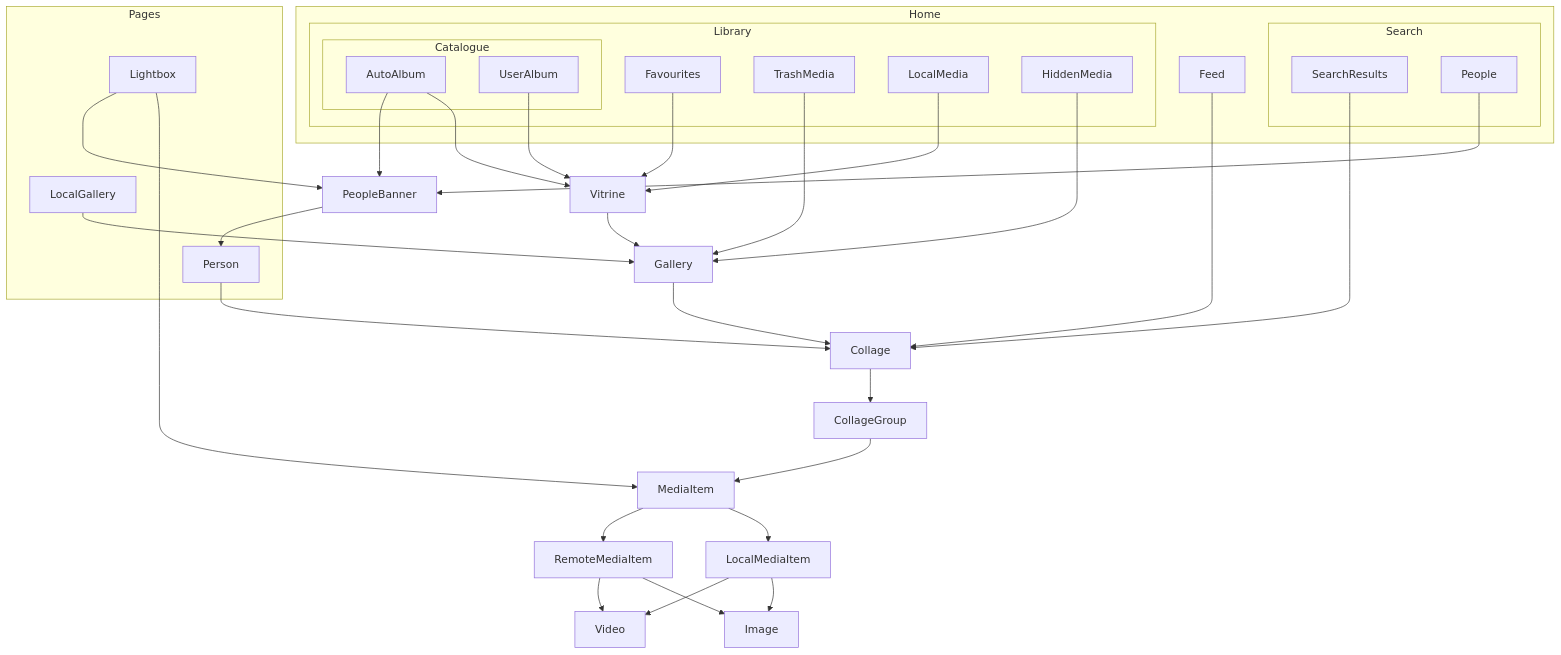
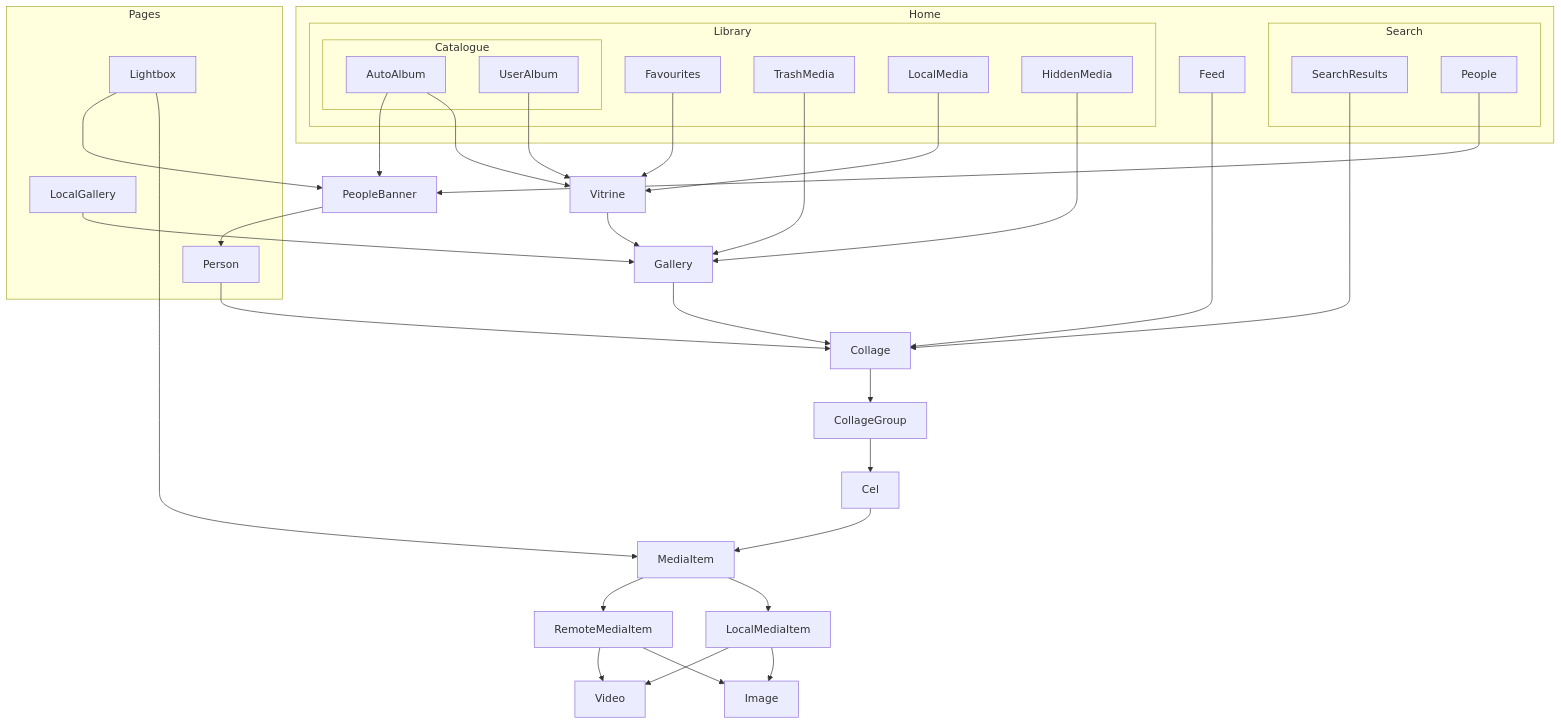
Before and after one commit to savvasdalkitsis/uhuruphotos-android: the diagram in domain-model.md, drawn with Mermaid. The commit also changed 6 other files, not shown here.

````diff
--- a/domain-model.md
+++ b/domain-model.md
@@ -5,59 +5,60 @@
 ```mermaid 
 graph TD;
 
     Gallery-->Collage
     Collage-->CollageGroup
-    CollageGroup-->MediaItem
+    CollageGroup-->Cel
+    Cel-->MediaItem
     Lightbox-->MediaItem
     MediaItem-->LocalMediaItem
     MediaItem-->RemoteMediaItem
     LocalMediaItem-->Image
     LocalMediaItem-->Video
     RemoteMediaItem-->Image
     RemoteMediaItem-->Video
     AutoAlbum-->Vitrine
     UserAlbum-->Vitrine
     Favourites-->Vitrine
     Vitrine-->Gallery
     TrashMedia-->Gallery
     LocalMedia-->Vitrine
     LocalGallery-->Gallery
     HiddenMedia-->Gallery
     Person-->Collage
     SearchResults-->Collage
     Feed-->Collage
     People-->PeopleBanner
     PeopleBanner-->Person
     Lightbox-->PeopleBanner
     AutoAlbum-->PeopleBanner
 
     subgraph Pages
         Person
         LocalGallery
         Lightbox
     end
 
     subgraph Search
         SearchResults
         People
     end
 
     subgraph Catalogue
         AutoAlbum
         UserAlbum
     end
 
     subgraph Library
         TrashMedia
         HiddenMedia
         Catalogue
         Favourites
         LocalMedia
     end
 
     subgraph Home
         Feed
         Search
         Library
     end
 ```
````
